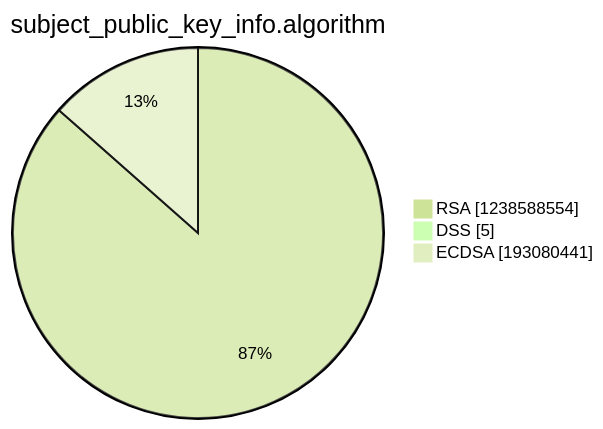
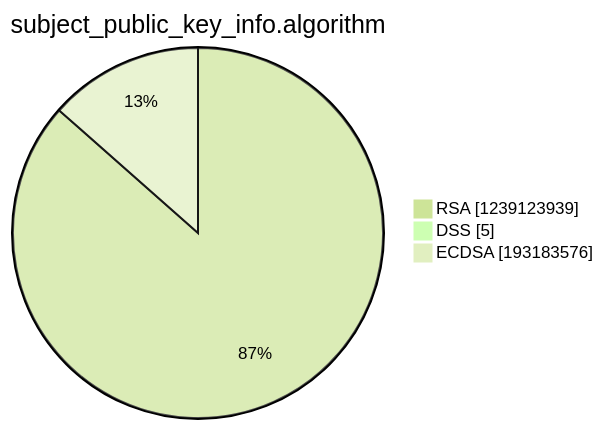
Before and after one commit to christiankrug/ctmonitor_visualization: the third of 15 diagrams in argon2022/README.md, drawn with Mermaid (forest theme). The commit also changed other lines of this file, not shown here.

````diff
--- a/argon2022/README.md
+++ b/argon2022/README.md
@@ -14,7 +14,7 @@
 ```mermaid
 pie showData
 title subject_public_key_info.algorithm
-"RSA" :1238588554
+"RSA" :1239123939
 "DSS" :5
-"ECDSA" :193080441
+"ECDSA" :193183576
 ```
````
